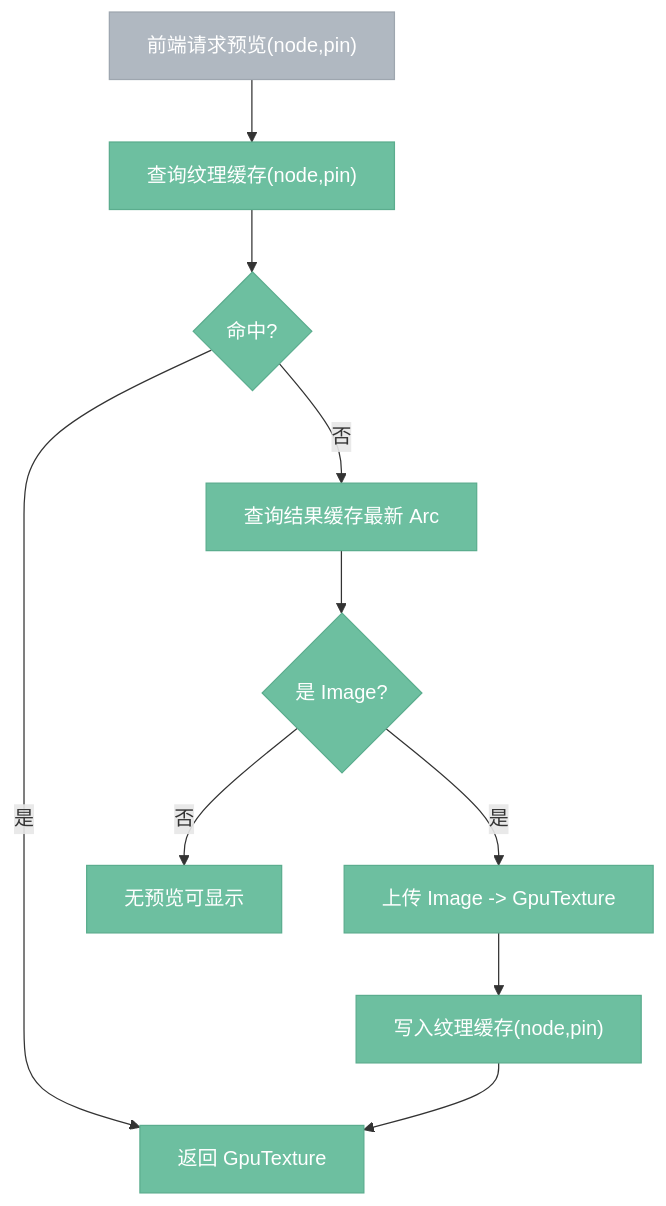
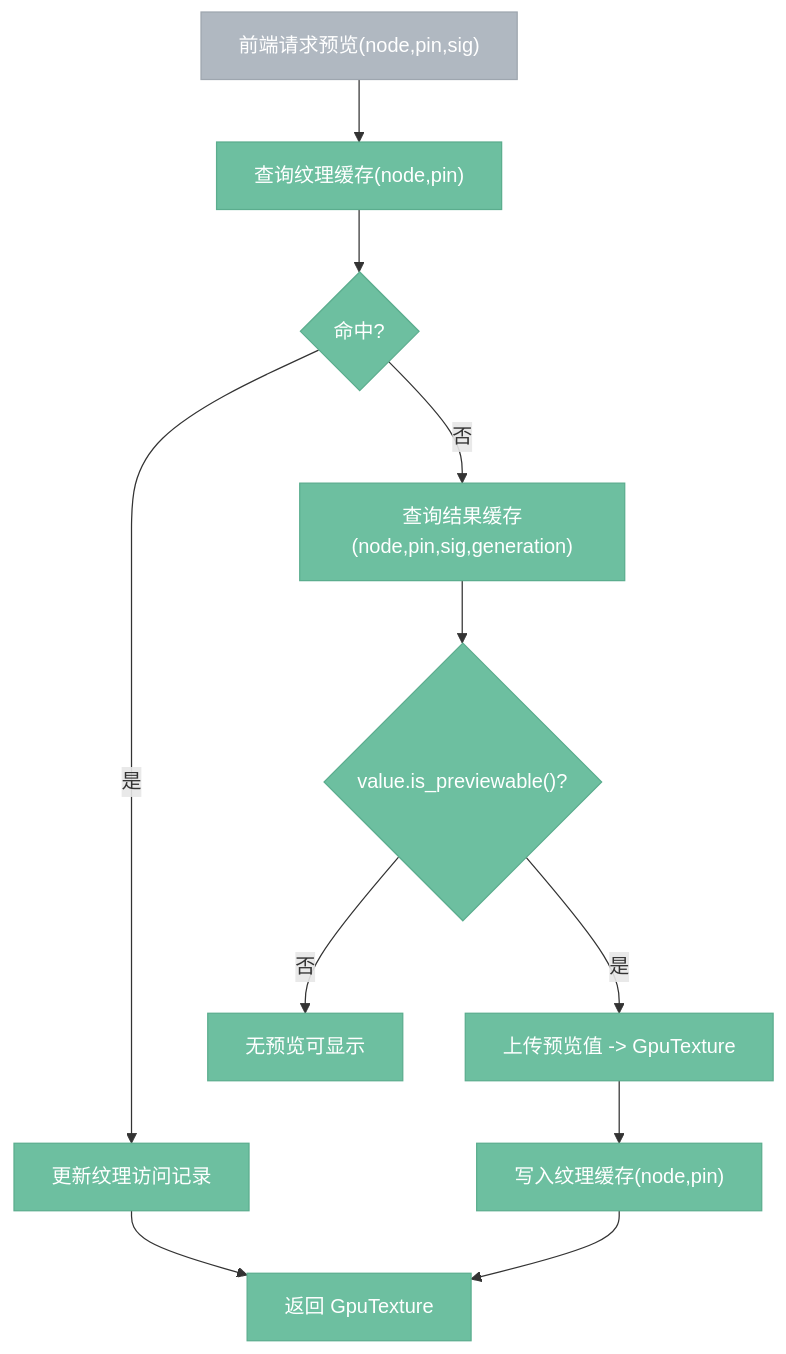
One commit to aporicho/nodeimg changed the fourth of 5 diagrams in docs/target/4.5.0-cache.impl.md. Above: the diagram before and after it, drawn with Mermaid. The commit also changed other lines of this file and 29 other files, not shown here.

````diff
--- a/docs/target/4.5.0-cache.impl.md
+++ b/docs/target/4.5.0-cache.impl.md
@@ -264,16 +301,17 @@
 ```mermaid
 %%{ init: { 'flowchart': { 'curve': 'basis' } } }%%
 flowchart TB
     classDef internal fill:#6DBFA0,stroke:#5BAD8E,color:#fff
     classDef external fill:#B0B8C1,stroke:#9EA6AF,color:#fff
 
-    前端["前端请求预览(node,pin)"]:::external --> 查纹理["查询纹理缓存(node,pin)"]:::internal
+    前端["前端请求预览(node,pin,sig)"]:::external --> 查纹理["查询纹理缓存(node,pin)"]:::internal
     查纹理 --> 命中{"命中?"}:::internal
-    命中 -->|"是"| 返回["返回 GpuTexture"]:::internal
-    命中 -->|"否"| 查结果["查询结果缓存最新 Arc<Value>"]:::internal
-    查结果 --> 有Image{"是 Image?"}:::internal
-    有Image -->|"否"| 无预览["无预览可显示"]:::internal
-    有Image -->|"是"| 上传["上传 Image -> GpuTexture"]:::internal
+    命中 -->|"是"| 更新纹理LRU["更新纹理访问记录"]:::internal
+    更新纹理LRU --> 返回["返回 GpuTexture"]:::internal
+    命中 -->|"否"| 查结果["查询结果缓存(node,pin,sig,generation)"]:::internal
+    查结果 --> 可预览{"value.is_previewable()?"}:::internal
+    可预览 -->|"否"| 无预览["无预览可显示"]:::internal
+    可预览 -->|"是"| 上传["上传预览值 -> GpuTexture"]:::internal
     上传 --> 存纹理["写入纹理缓存(node,pin)"]:::internal
     存纹理 --> 返回
 ```
````
